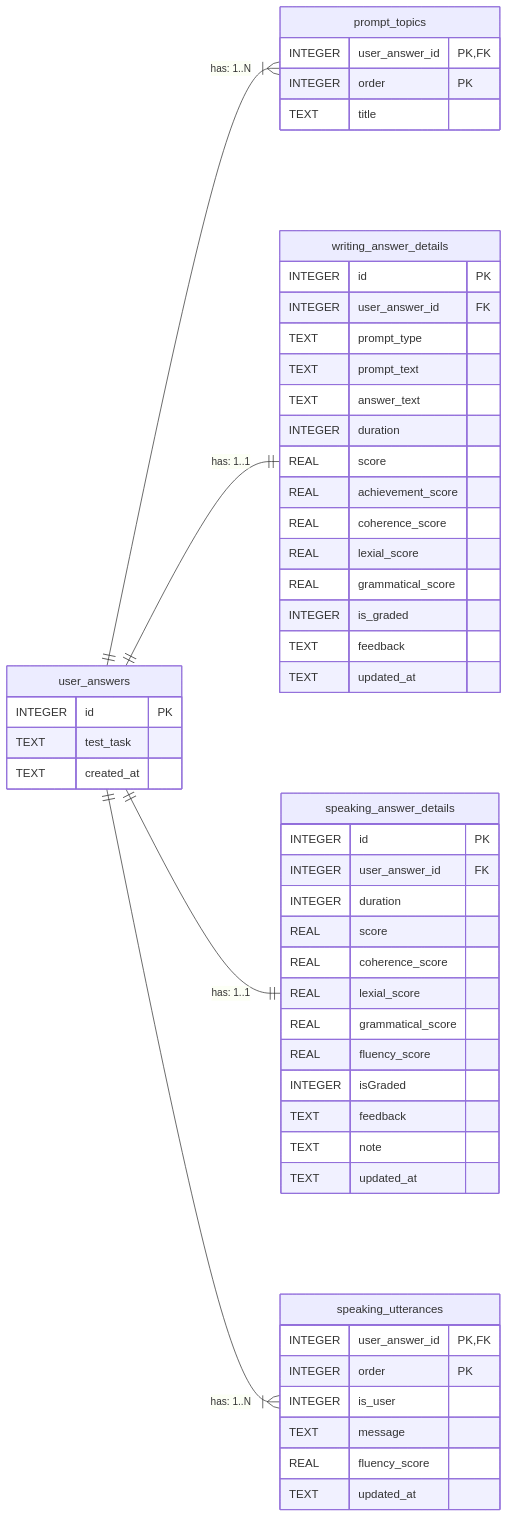
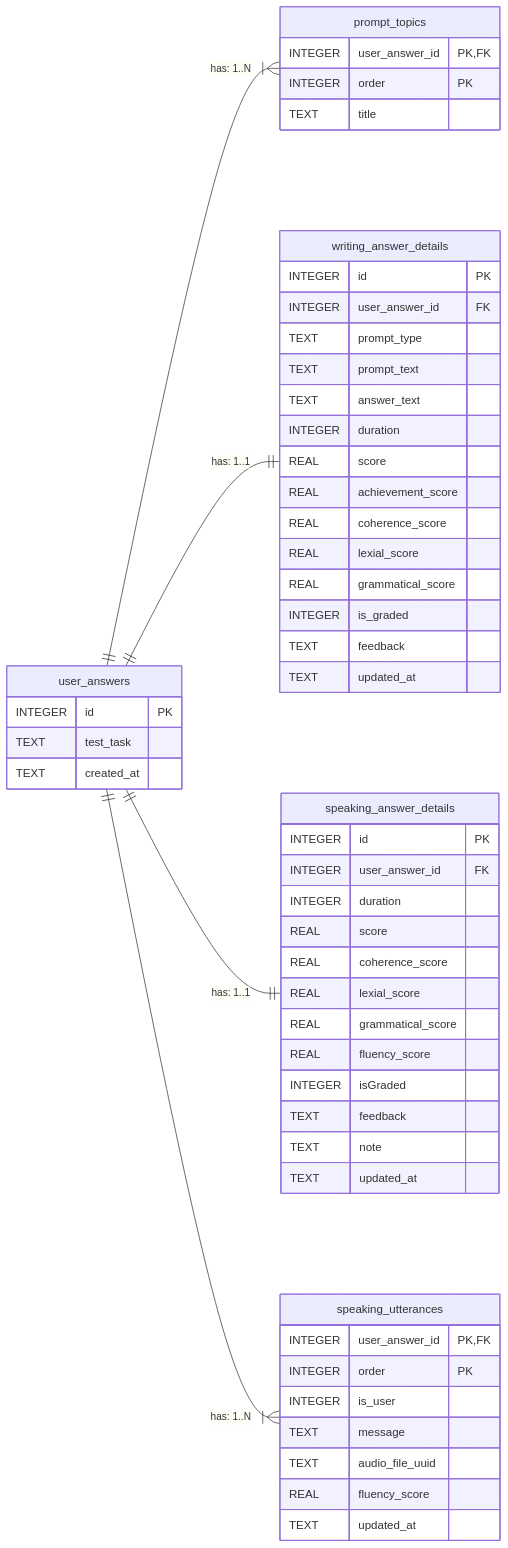
The diagram in application/docs/er-diagram.md (hirokd0627/ielts_ai_trainer), drawn with Mermaid before and after one commit. The commit also changed 31 other files, not shown here.

````diff
--- a/application/docs/er-diagram.md
+++ b/application/docs/er-diagram.md
@@ -3,61 +3,62 @@
 ```mermaid
 erDiagram
     direction LR
     user_answers ||--|{ prompt_topics : "has: 1..N"
     user_answers ||--|| writing_answer_details : "has: 1..1"
     user_answers ||--|| speaking_answer_details : "has: 1..1"
     user_answers ||--|{ speaking_utterances : "has: 1..N"
 
     user_answers {
         INTEGER id PK
         TEXT test_task
         TEXT created_at
     }
 
     prompt_topics {
         INTEGER user_answer_id PK,FK
         INTEGER order PK
         TEXT title 
     }
 
     writing_answer_details {
         INTEGER id PK
         INTEGER user_answer_id FK
         TEXT prompt_type
         TEXT prompt_text
         TEXT answer_text
         INTEGER duration
         REAL score
         REAL achievement_score
         REAL coherence_score
         REAL lexial_score
         REAL grammatical_score
         INTEGER is_graded
         TEXT feedback
         TEXT updated_at
     }
 
     speaking_answer_details {
         INTEGER id PK
         INTEGER user_answer_id FK
         INTEGER duration
         REAL score
         REAL coherence_score
         REAL lexial_score
         REAL grammatical_score
         REAL fluency_score
         INTEGER isGraded
         TEXT feedback
         TEXT note
         TEXT updated_at
     }
 
     speaking_utterances {
         INTEGER user_answer_id PK,FK
         INTEGER order PK
         INTEGER is_user
         TEXT message
+        TEXT audio_file_uuid
         REAL fluency_score
         TEXT updated_at
     }
 ```
````
